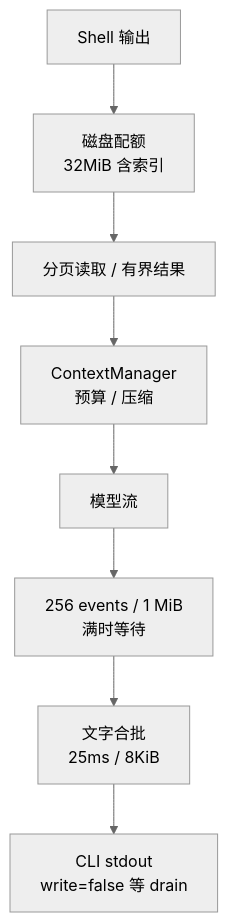
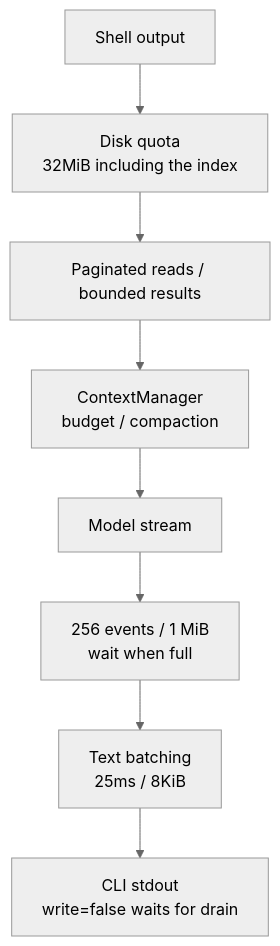
One commit to Azzurroooo/rind changed the diagram in docs/internals/08-engineering/limits-and-backpressure.md. Above: the diagram before and after it, drawn with Mermaid (neutral theme). The commit also changed other lines of this file and 109 other files, not shown here.

```diff
--- a/docs/internals/08-engineering/limits-and-backpressure.md
+++ b/docs/internals/08-engineering/limits-and-backpressure.md
@@ -5,10 +7,10 @@
 ~~~mermaid
 flowchart TB
-    M["模型流"] --> Q["256 events / 1 MiB<br/>满时等待"]
-    Q --> C["文字合批<br/>25ms / 8KiB"]
-    C --> T["CLI stdout<br/>write=false 等 drain"]
-    P["Shell 输出"] --> D["磁盘配额<br/>32MiB 含索引"]
-    D --> R["分页读取 / 有界结果"]
-    R --> X["ContextManager<br/>预算 / 压缩"]
+    M["Model stream"] --> Q["256 events / 1 MiB<br/>wait when full"]
+    Q --> C["Text batching<br/>25ms / 8KiB"]
+    C --> T["CLI stdout<br/>write=false waits for drain"]
+    P["Shell output"] --> D["Disk quota<br/>32MiB including the index"]
+    D --> R["Paginated reads / bounded results"]
+    R --> X["ContextManager<br/>budget / compaction"]
     X --> M
 ~~~
```
